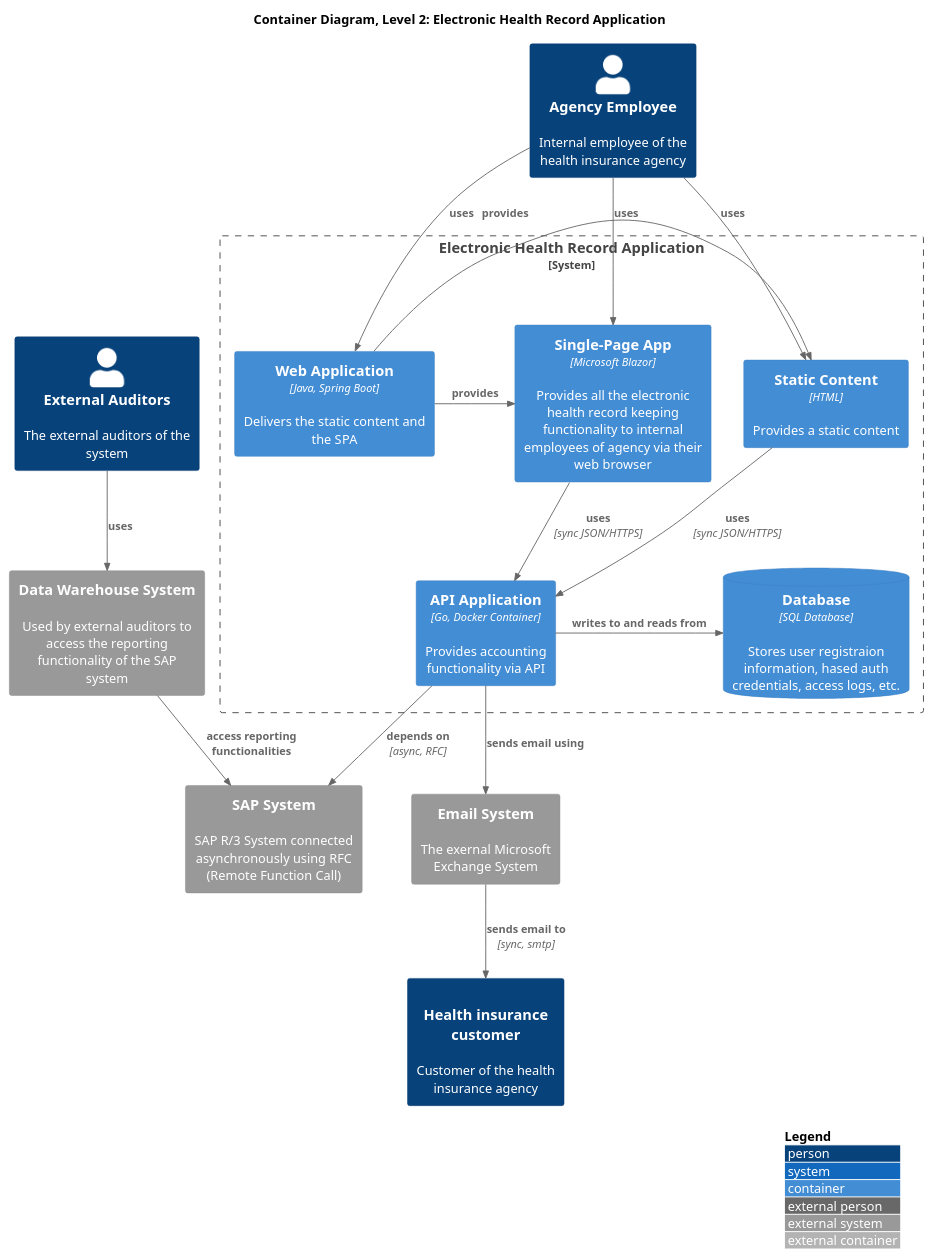
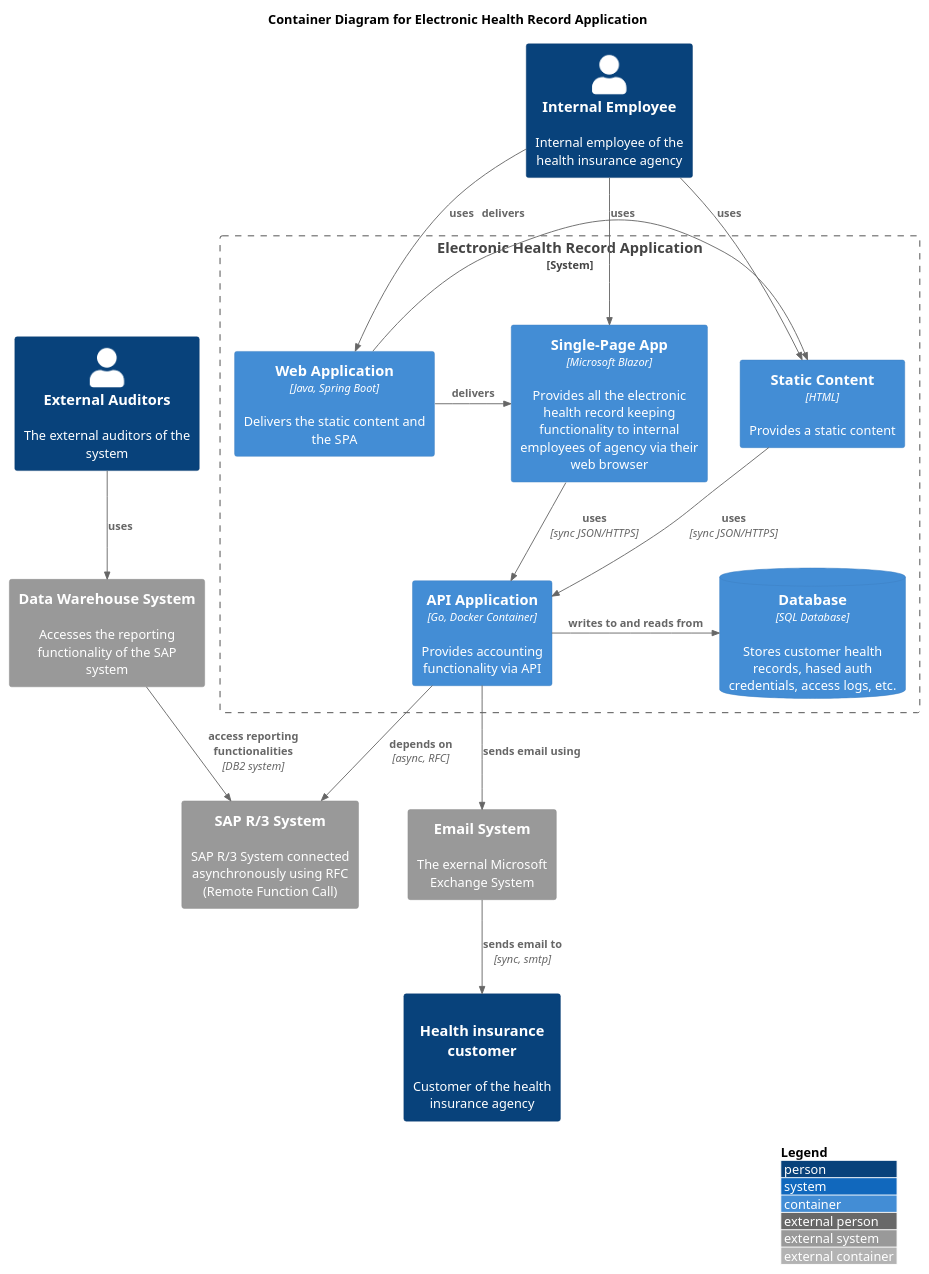
One commit to patricpoba/msem-sw.arch-c4-model-assignment changed the diagram in level-2_container.puml. Above: the diagram before and after it, drawn with PlantUML. The commit also changed 5 other files, not shown here.

```diff
--- a/level-2_container.puml
+++ b/level-2_container.puml
@@ -1,47 +1,47 @@
 @startuml 
 !include https://raw.githubusercontent.com/plantuml-stdlib/C4-PlantUML/master/C4_Container.puml
 
 LAYOUT_WITH_LEGEND()
 
-title Container Diagram, Level 2: Electronic Health Record Application
+title Container Diagram for Electronic Health Record Application
 
-Person(employee, "Agency Employee", "Internal employee of the health insurance agency")
+Person(employee, "Internal Employee", "Internal employee of the health insurance agency")
 Person(customer, "Health insurance customer", "Customer of the health insurance agency", "user")
 Person(auditor, "External Auditors", "The external auditors of the system")
 
 System_Boundary(c1, "Electronic Health Record Application") { 
      
     Container(webApp, "Web Application", "Java, Spring Boot", "Delivers the static content and the SPA")
     Container(spa, "Single-Page App", "Microsoft Blazor", "Provides all the electronic health record keeping functionality to internal employees of agency via their web browser")
     Container(staticContent, "Static Content", "HTML", "Provides a static content")
-    ContainerDb(database, "Database", "SQL Database", "Stores user registraion information, hased auth credentials, access logs, etc.")
+    ContainerDb(database, "Database", "SQL Database", "Stores customer health records, hased auth credentials, access logs, etc.")
     Container(apiServer, "API Application", "Go, Docker Container", "Provides accounting functionality via API")
 }
 
 ' System(apiServer, "Api Application", "Provides the overall accounting functionality by providing a synchronous JSON/HTTPS based API")
 
 System_Ext(emailSystem, "Email System", "The exernal Microsoft Exchange System")
-System_Ext(dataWHS, "Data Warehouse System", "Used by external auditors to access the reporting functionality of the SAP system")
-System_Ext(sapSystem, "SAP System", "SAP R/3 System connected asynchronously using RFC (Remote Function Call)")
+System_Ext(dataWHS, "Data Warehouse System", "Accesses the reporting functionality of the SAP system")
+System_Ext(sapSystem, "SAP R/3 System", "SAP R/3 System connected asynchronously using RFC (Remote Function Call)")
 
 
 
 Rel(employee, webApp, "uses") 
 Rel(employee, staticContent, "uses") 
 Rel(employee, spa, "uses") 
 
-Rel_Neighbor(webApp, spa, "provides")  
-Rel_Neighbor(webApp, staticContent, "provides")  
+Rel_Neighbor(webApp, spa, "delivers")  
+Rel_Neighbor(webApp, staticContent, "delivers")  
 
 Rel(spa, apiServer, "uses", "sync JSON/HTTPS")
 Rel(staticContent, apiServer, "uses", "sync JSON/HTTPS")
 
 Rel_Neighbor(apiServer, database, "writes to and reads from")
-Rel(dataWHS, sapSystem, "access reporting functionalities") 
+Rel(dataWHS, sapSystem, "access reporting functionalities", "DB2 system") 
 Rel(auditor, dataWHS, "uses")
 Rel(emailSystem, customer, "sends email to", "sync, smtp")
 
 Rel(apiServer, emailSystem, "sends email using")
 Rel(apiServer, sapSystem, "depends on", "async, RFC")
  
 @enduml
```
